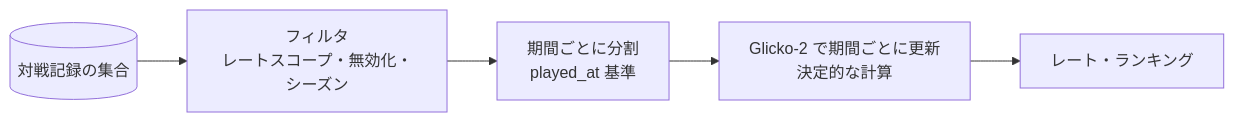
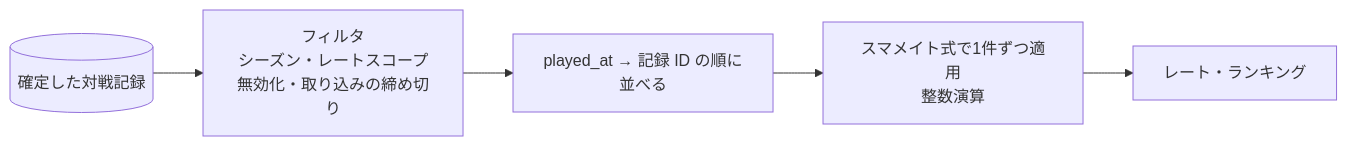
One commit to tacky0612/smash-hub changed the diagram in docs/domain/rating.md. Above: the diagram before and after it, drawn with Mermaid. The commit also changed other lines of this file and 5 other files, not shown here.

````diff
--- a/docs/domain/rating.md
+++ b/docs/domain/rating.md
@@ -31,7 +95,7 @@
 ```mermaid
 flowchart LR
-  R[(対戦記録の集合)] --> F[フィルタ<br/>レートスコープ・無効化・シーズン]
-  F --> G[期間ごとに分割<br/>played_at 基準]
-  G --> C[Glicko-2 で期間ごとに更新<br/>決定的な計算]
+  R[(確定した対戦記録)] --> F[フィルタ<br/>シーズン・レートスコープ<br/>無効化・取り込みの締め切り]
+  F --> S[played_at → 記録 ID の順に並べる]
+  S --> C[スマメイト式で1件ずつ適用<br/>整数演算]
   C --> O[レート・ランキング]
 ```
````
